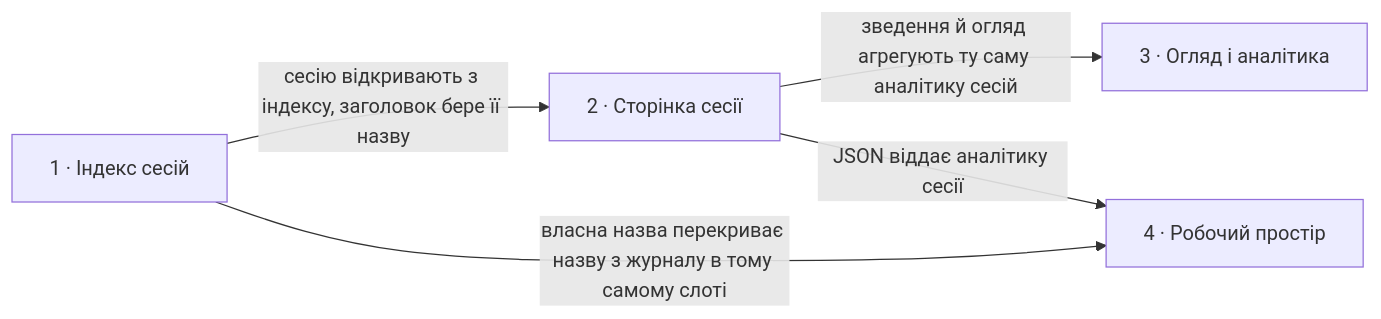
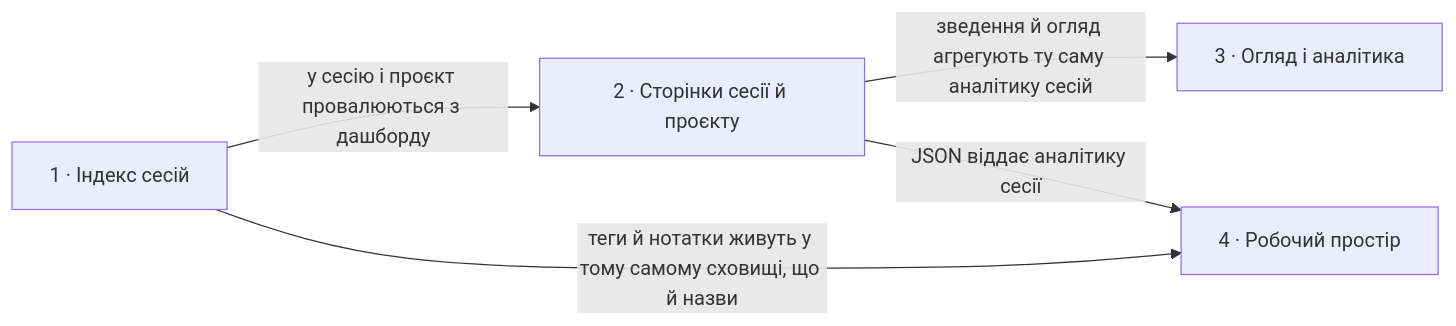
One commit to edlyashenko/test-repo changed the diagram in docs/roadmap.md. Above: the diagram before and after it, drawn with Mermaid. The commit also changed other lines of this file and 5 other files, not shown here.

````diff
--- a/docs/roadmap.md
+++ b/docs/roadmap.md
@@ -66,7 +70,7 @@
 ```mermaid
 flowchart LR
-  s1["1 · Індекс сесій"] -->|сесію відкривають з індексу, заголовок бере її назву| s2["2 · Сторінка сесії"]
+  s1["1 · Індекс сесій"] -->|у сесію і проєкт провалюються з дашборду| s2["2 · Сторінки сесії й проєкту"]
   s2 -->|зведення й огляд агрегують ту саму аналітику сесій| s3["3 · Огляд і аналітика"]
-  s1 -->|власна назва перекриває назву з журналу в тому самому слоті| s4["4 · Робочий простір"]
+  s1 -->|теги й нотатки живуть у тому самому сховищі, що й назви| s4["4 · Робочий простір"]
   s2 -->|JSON віддає аналітику сесії| s4
 ```
````
